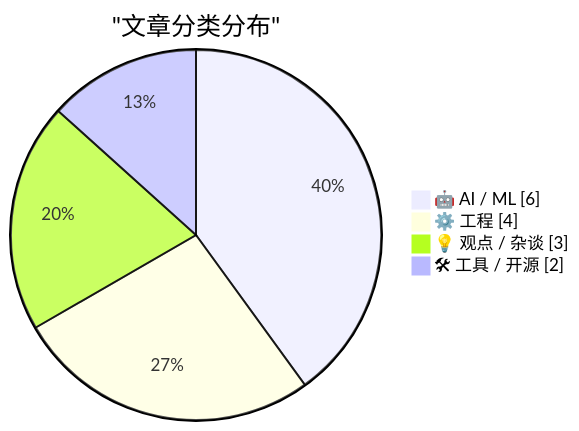
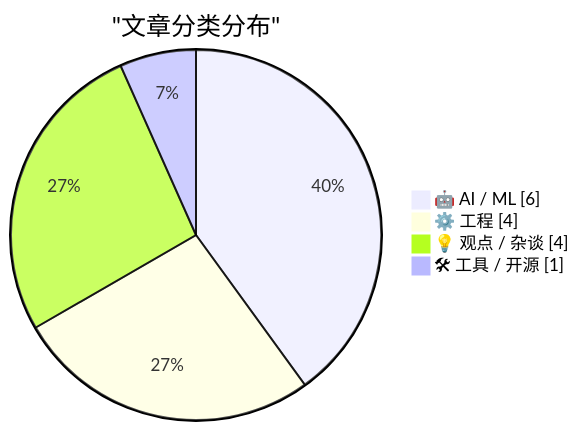
Before and after one commit to ChuYinan2023/ai-daily-digest: the first of 2 diagrams in digests/digest-20260215.md, drawn with Mermaid. The commit also changed other lines of this file and 3 other files, not shown here.

````diff
--- a/digests/digest-20260215.md
+++ b/digests/digest-20260215.md
@@ -53,8 +53,8 @@
 ```mermaid
 pie showData
     title "文章分类分布"
     "🤖 AI / ML" : 6
     "⚙️ 工程" : 4
-    "💡 观点 / 杂谈" : 3
-    "🛠 工具 / 开源" : 2
+    "💡 观点 / 杂谈" : 4
+    "🛠 工具 / 开源" : 1
 ```
````
